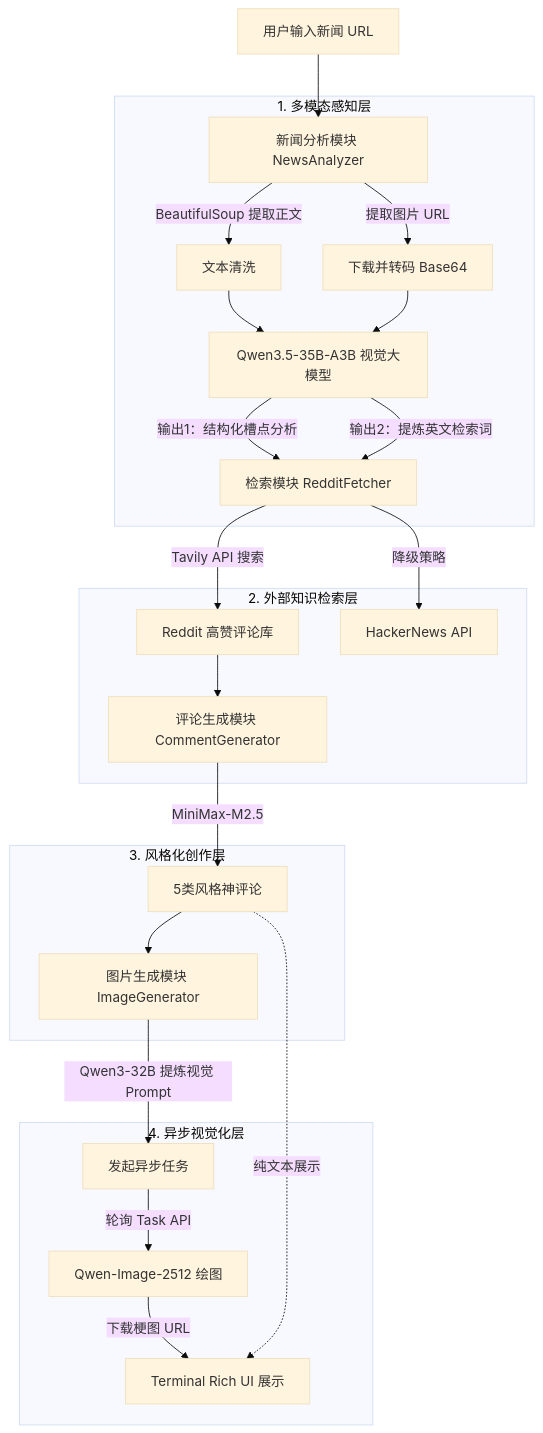
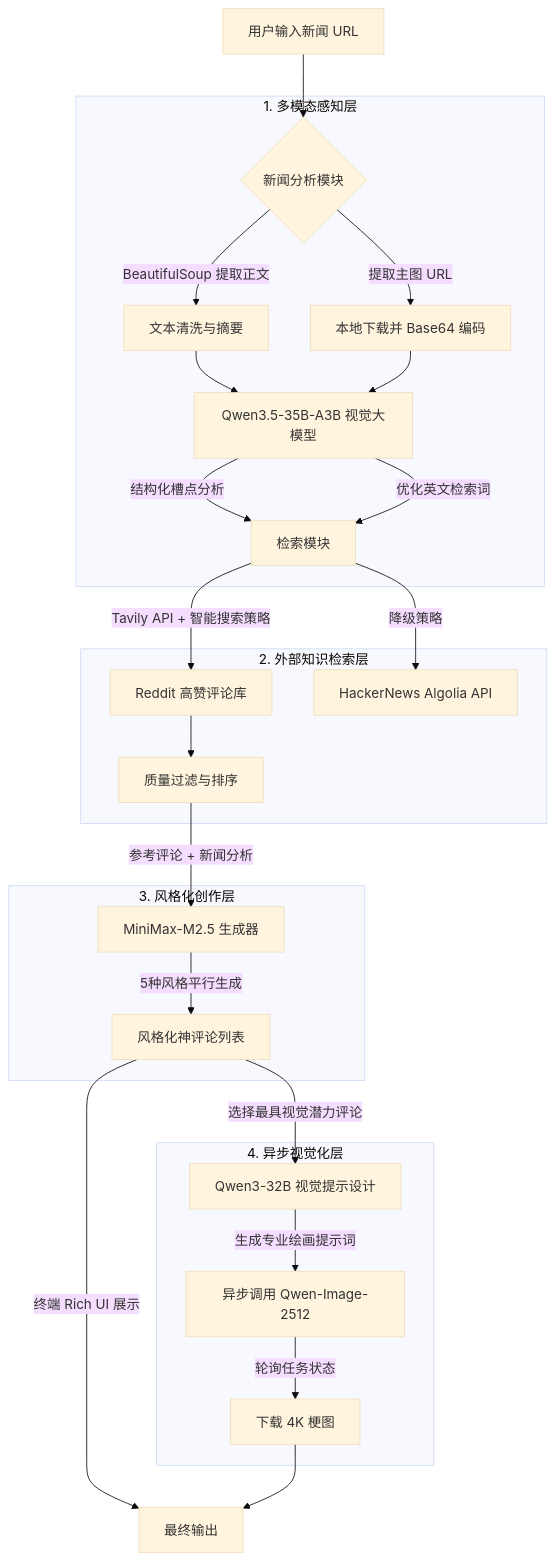
One commit to unclezhou486/NewsRoast-Agent changed the diagram in README.md. Above: the diagram before and after it, drawn with Mermaid (base theme). The commit also changed other lines of this file and 9 other files, not shown here.

````diff
--- a/README.md
+++ b/README.md
@@ -19,32 +18,33 @@
 ```mermaid
 graph TD
-    A[用户输入新闻 URL] --> B[新闻分析模块 NewsAnalyzer]
+    A[用户输入新闻 URL] --> B{新闻分析模块}
     
     subgraph 1. 多模态感知层
-    B -- BeautifulSoup 提取正文 --> B1[文本清洗]
-    B -- 提取图片 URL --> B2[下载并转码 Base64]
+    B -- BeautifulSoup 提取正文 --> B1[文本清洗与摘要]
+    B -- 提取主图 URL --> B2[本地下载并 Base64 编码]
     B1 --> B3[Qwen3.5-35B-A3B 视觉大模型]
     B2 --> B3
-    B3 -- 输出1：结构化槽点分析 --> C
-    B3 -- 输出2：提炼英文检索词 --> C
-    end
-
-    subgraph 2. 外部知识检索层
-    C[检索模块 RedditFetcher] -- Tavily API 搜索 --> C1[Reddit 高赞评论库]
-    C -- 降级策略 --> C2[HackerNews API]
-    C1 --> D
-    end
-
-    subgraph 3. 风格化创作层
-    D[评论生成模块 CommentGenerator] -- MiniMax-M2.5 --> D1[5类风格神评论]
-    D1 --> E
-    end
-
-    subgraph 4. 异步视觉化层
-    E[图片生成模块 ImageGenerator] -- Qwen3-32B 提炼视觉 Prompt --> E1[发起异步任务]
-    E1 -- 轮询 Task API --> E2[Qwen-Image-2512 绘图]
-    E2 -- 下载梗图 URL --> F[Terminal Rich UI 展示]
+    B3 -- 结构化槽点分析 --> C
+    B3 -- 优化英文检索词 --> C
     end
     
-    D1 -. 纯文本展示 .-> F
+    subgraph 2. 外部知识检索层
+    C[检索模块] -- Tavily API + 智能搜索策略 --> C1[Reddit 高赞评论库]
+    C -- 降级策略 --> C2[HackerNews Algolia API]
+    C1 --> D[质量过滤与排序]
+    end
+    
+    subgraph 3. 风格化创作层
+    D -- 参考评论 + 新闻分析 --> E[MiniMax-M2.5 生成器]
+    E -- 5种风格平行生成 --> F[风格化神评论列表]
+    end
+    
+    subgraph 4. 异步视觉化层
+    F -- 选择最具视觉潜力评论 --> G[Qwen3-32B 视觉提示设计]
+    G -- 生成专业绘画提示词 --> H[异步调用 Qwen-Image-2512]
+    H -- 轮询任务状态 --> I[下载 4K 梗图]
+    end
+    
+    F -- 终端 Rich UI 展示 --> J[最终输出]
+    I --> J
 ```
````
